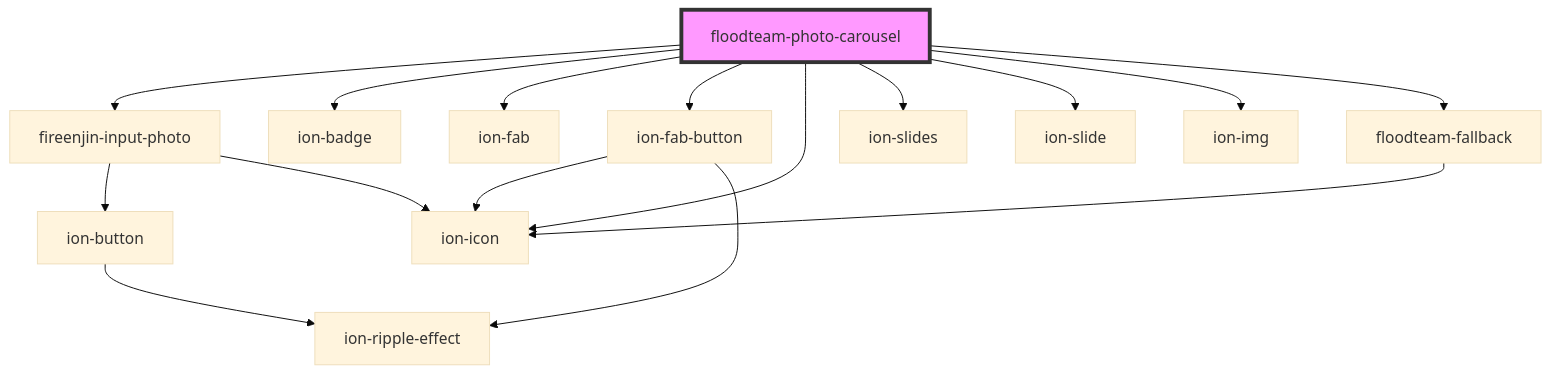
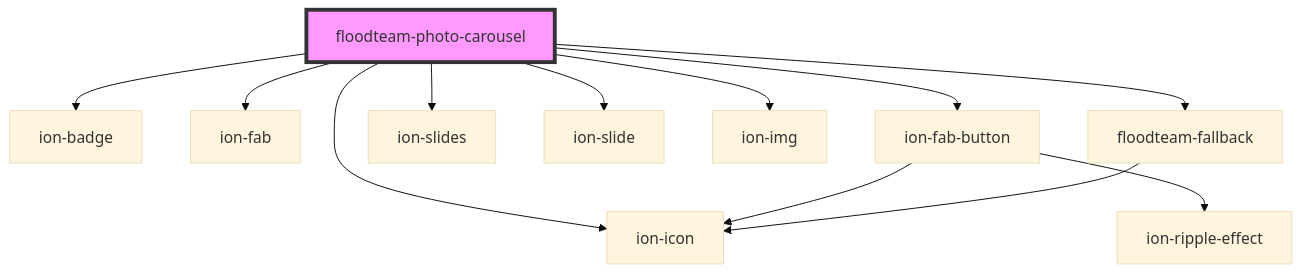
The diagram in src/components/photo-carousel/readme.md (FloodTeam/components), drawn with Mermaid (base theme) before and after one commit. The commit also changed other lines of this file and 8 other files, not shown here.

````diff
--- a/src/components/photo-carousel/readme.md
+++ b/src/components/photo-carousel/readme.md
@@ -72,19 +97,15 @@
 ```mermaid
 graph TD;
-  floodteam-photo-carousel --> fireenjin-input-photo
   floodteam-photo-carousel --> ion-badge
   floodteam-photo-carousel --> ion-fab
   floodteam-photo-carousel --> ion-fab-button
   floodteam-photo-carousel --> ion-icon
   floodteam-photo-carousel --> ion-slides
   floodteam-photo-carousel --> ion-slide
   floodteam-photo-carousel --> ion-img
   floodteam-photo-carousel --> floodteam-fallback
-  fireenjin-input-photo --> ion-button
-  fireenjin-input-photo --> ion-icon
-  ion-button --> ion-ripple-effect
   ion-fab-button --> ion-icon
   ion-fab-button --> ion-ripple-effect
   floodteam-fallback --> ion-icon
   style floodteam-photo-carousel fill:#f9f,stroke:#333,stroke-width:4px
 ```
````
